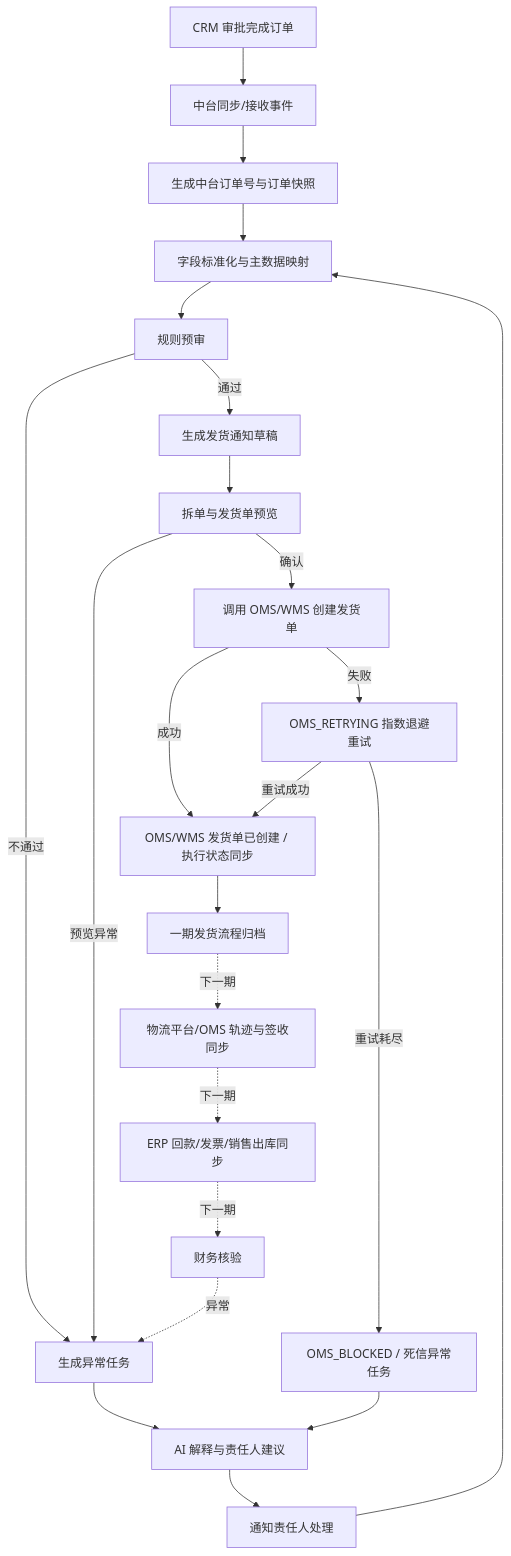
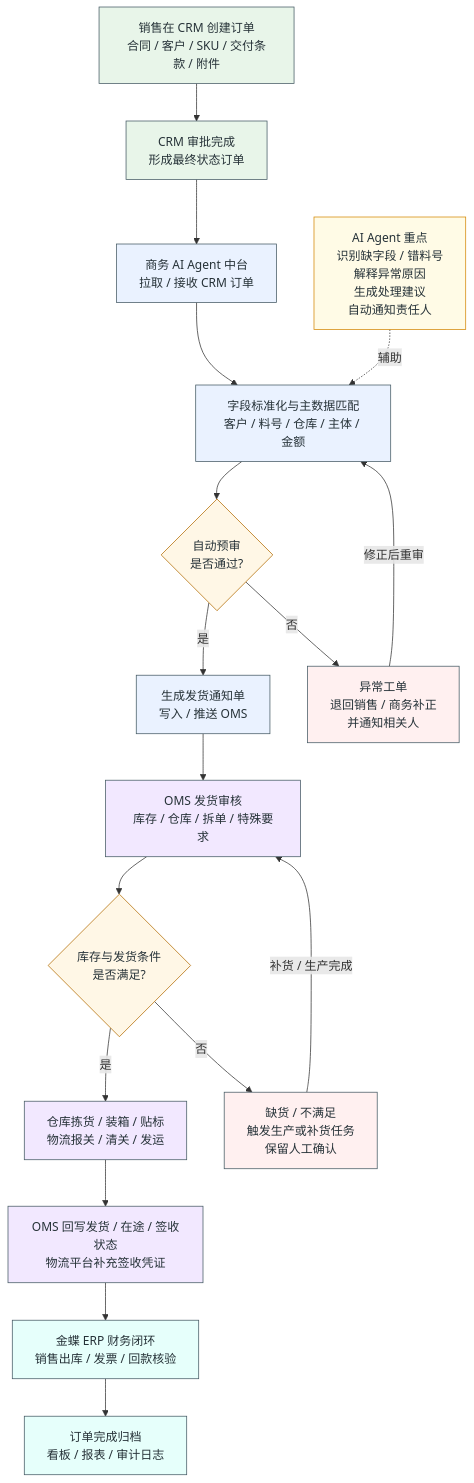
The first of 2 diagrams in docs/v2-order-middle-platform-design.md (kaimw/jm-sp-bot), drawn with Mermaid before and after one commit. The commit also changed other lines of this file and 37 other files, not shown here.

````diff
--- a/docs/v2-order-middle-platform-design.md
+++ b/docs/v2-order-middle-platform-design.md
@@ -134,25 +141,38 @@
 ```mermaid
 flowchart TD
-  A["CRM 审批完成订单"] --> B["中台同步/接收事件"]
-  B --> C["生成中台订单号与订单快照"]
-  C --> D["字段标准化与主数据映射"]
-  D --> E["规则预审"]
-  E -->|通过| F["生成发货通知草稿"]
-  E -->|不通过| G["生成异常任务"]
-  G --> H["AI 解释与责任人建议"]
-  H --> I["通知责任人处理"]
-  I --> D
-  F --> P["拆单与发货单预览"]
-  P -->|确认| J["调用 OMS/WMS 创建发货单"]
-  P -->|预览异常| G
-  J -->|成功| K["OMS/WMS 发货单已创建 / 执行状态同步"]
-  J -->|失败| R["OMS_RETRYING 指数退避重试"]
-  R -->|重试成功| K
-  R -->|重试耗尽| Q["OMS_BLOCKED / 死信异常任务"]
-  Q --> H
-  K --> L["一期发货流程归档"]
-  L -.下一期.-> M["物流平台/OMS 轨迹与签收同步"]
-  M -.下一期.-> N["ERP 回款/发票/销售出库同步"]
-  N -.下一期.-> O["财务核验"]
-  O -.异常.-> G
+  A["销售在 CRM 创建订单<br/>合同 / 客户 / SKU / 交付条款 / 附件"] --> B["CRM 审批完成<br/>形成最终状态订单"]
+  B --> C["商务 AI Agent 中台<br/>拉取 / 接收 CRM 订单"]
+  C --> D["字段标准化与主数据匹配<br/>客户 / 料号 / 仓库 / 主体 / 金额"]
+  D --> E{"自动预审<br/>是否通过?"}
+  E -->|是| F["生成发货通知单<br/>写入 / 推送 OMS"]
+  F --> G["OMS 发货审核<br/>库存 / 仓库 / 拆单 / 特殊要求"]
+  G --> H{"库存与发货条件<br/>是否满足?"}
+  H -->|是| I["仓库拣货 / 装箱 / 贴标<br/>物流报关 / 清关 / 发运"]
+  I --> J["OMS 回写发货 / 在途 / 签收状态<br/>物流平台补充签收凭证"]
+  J --> K["金蝶 ERP 财务闭环<br/>销售出库 / 发票 / 回款核验"]
+  K --> L["订单完成归档<br/>看板 / 报表 / 审计日志"]
+
+  E -->|否| X["异常工单<br/>退回销售 / 商务补正<br/>并通知相关人"]
+  X -->|修正后重审| D
+  H -->|否| Y["缺货 / 不满足<br/>触发生产或补货任务<br/>保留人工确认"]
+  Y -->|补货 / 生产完成| G
+
+  N["AI Agent 重点<br/>识别缺字段 / 错料号<br/>解释异常原因<br/>生成处理建议<br/>自动通知责任人"]
+  N -.辅助.-> D
+
+  classDef crm fill:#e8f5e9,stroke:#455a64,stroke-width:1px,color:#263238;
+  classDef platform fill:#eaf2ff,stroke:#455a64,stroke-width:1px,color:#263238;
+  classDef decision fill:#fff7e6,stroke:#b26a00,stroke-width:1px,color:#263238;
+  classDef exception fill:#fff0f0,stroke:#455a64,stroke-width:1px,color:#263238;
+  classDef oms fill:#f2e8ff,stroke:#455a64,stroke-width:1px,color:#263238;
+  classDef finance fill:#e6fffb,stroke:#455a64,stroke-width:1px,color:#263238;
+  classDef ai fill:#fffbe6,stroke:#d48806,stroke-width:1px,color:#263238;
+
+  class A,B crm;
+  class C,D,F platform;
+  class E,H decision;
+  class X,Y exception;
+  class G,I,J oms;
+  class K,L finance;
+  class N ai;
 ```
````
